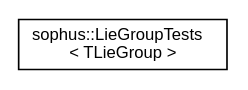
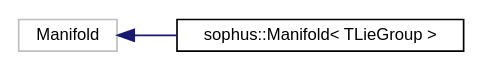
Before and after one commit to strasdat/Sophus: the diagram in latest/_static/inherit_graph_52.dot, drawn with Graphviz. The commit also changed 289 other files, not shown here.

```diff
--- a/latest/_static/inherit_graph_52.dot
+++ b/latest/_static/inherit_graph_52.dot
@@ -1,8 +1,10 @@
 digraph "Graphical Class Hierarchy"
 {
  // LATEX_PDF_SIZE
   edge [fontname="Helvetica",fontsize="10",labelfontname="Helvetica",labelfontsize="10"];
   node [fontname="Helvetica",fontsize="10",shape=record];
   rankdir="LR";
-  Node0 [label="sophus::LieGroupTests\l\< TLieGroup \>",height=0.2,width=0.4,color="black", fillcolor="white", style="filled",URL="$classsophus_1_1_lie_group_tests.html",tooltip=" "];
+  Node101 [label="Manifold",height=0.2,width=0.4,color="grey75", fillcolor="white", style="filled",tooltip=" "];
+  Node101 -> Node0 [dir="back",color="midnightblue",fontsize="10",style="solid",fontname="Helvetica"];
+  Node0 [label="sophus::Manifold\< TLieGroup \>",height=0.2,width=0.4,color="black", fillcolor="white", style="filled",URL="$classsophus_1_1_manifold.html",tooltip="Templated local parameterization for LieGroup [with implemented LieGroup::Dx_this_mul_exp_x_at_0() ]."];
 }
```
